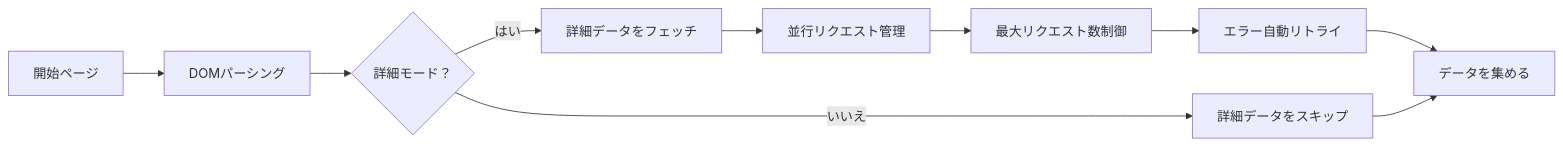
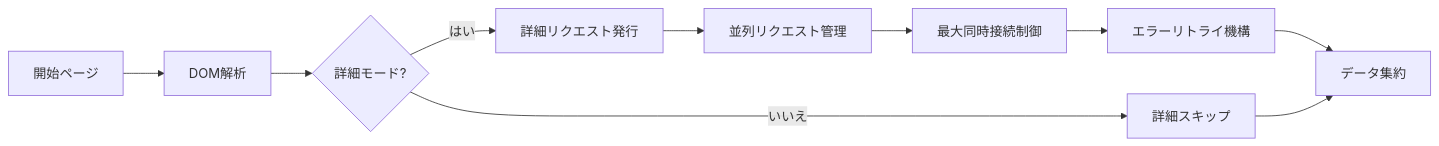
One commit to linyaocrush/DLsite-Purchase-Analyzer changed the second of 6 diagrams in README-JP.md. Above: the diagram before and after it, drawn with Mermaid. The commit also changed other lines of this file, not shown here.

````diff
--- a/README-JP.md
+++ b/README-JP.md
@@ -171,12 +165,12 @@
 ```mermaid
 graph LR
-    A[開始ページ] --> B[DOMパーシング]
-    B --> C{詳細モード？}
-    C -->|はい| D[詳細データをフェッチ]
-    C -->|いいえ| E[詳細データをスキップ]
-    D --> F[並行リクエスト管理]
-    F --> G[最大リクエスト数制御]
-    G --> H[エラー自動リトライ]
-    H --> I[データを集める]
+    A[開始ページ] --> B[DOM解析]
+    B --> C{詳細モード?}
+    C -->|はい| D[詳細リクエスト発行]
+    C -->|いいえ| E[詳細スキップ]
+    D --> F[並列リクエスト管理]
+    F --> G[最大同時接続制御]
+    G --> H[エラーリトライ機構]
+    H --> I[データ集約]
     E --> I
 ```
````
